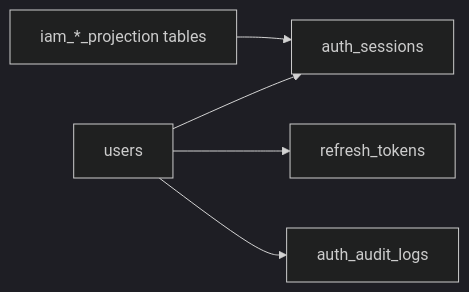
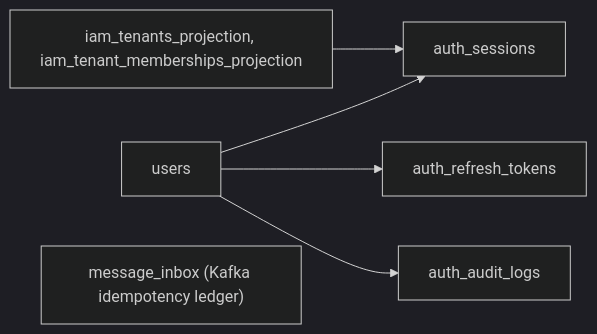
One commit to tuannm99/podzone changed the second of 4 diagrams in docs/02-architecture-overall/04-data-ownership.md. Above: the diagram before and after it, drawn with Mermaid (dark theme). The commit also changed other lines of this file and 13 other files, not shown here.

````diff
--- a/docs/02-architecture-overall/04-data-ownership.md
+++ b/docs/02-architecture-overall/04-data-ownership.md
@@ -35,13 +44,14 @@
 ```mermaid
 flowchart LR
     Users["users"]
     Sessions["auth_sessions"]
-    Refresh["refresh_tokens"]
+    Refresh["auth_refresh_tokens"]
     Audit["auth_audit_logs"]
-    IAMProj["iam_*_projection tables"]
+    IAMProj["iam_tenants_projection, iam_tenant_memberships_projection"]
+    Inbox["message_inbox (Kafka idempotency ledger)"]
 
     Users --> Sessions
     Users --> Refresh
     Users --> Audit
     IAMProj --> Sessions
 ```
````
